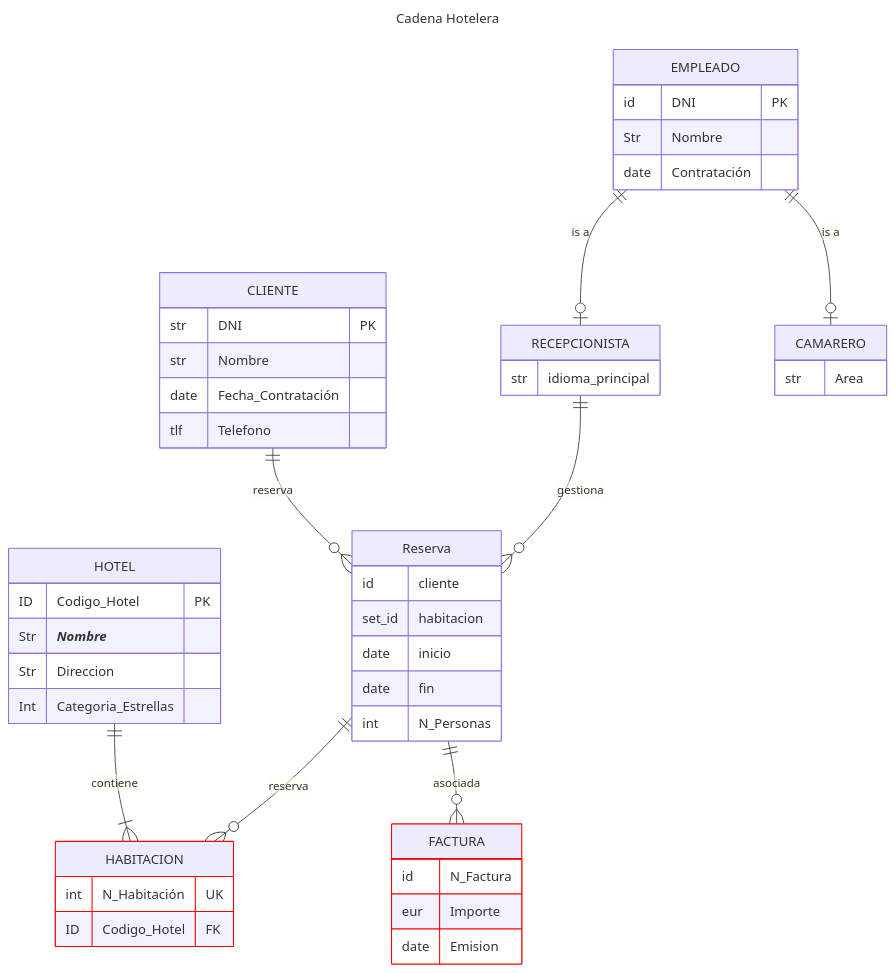
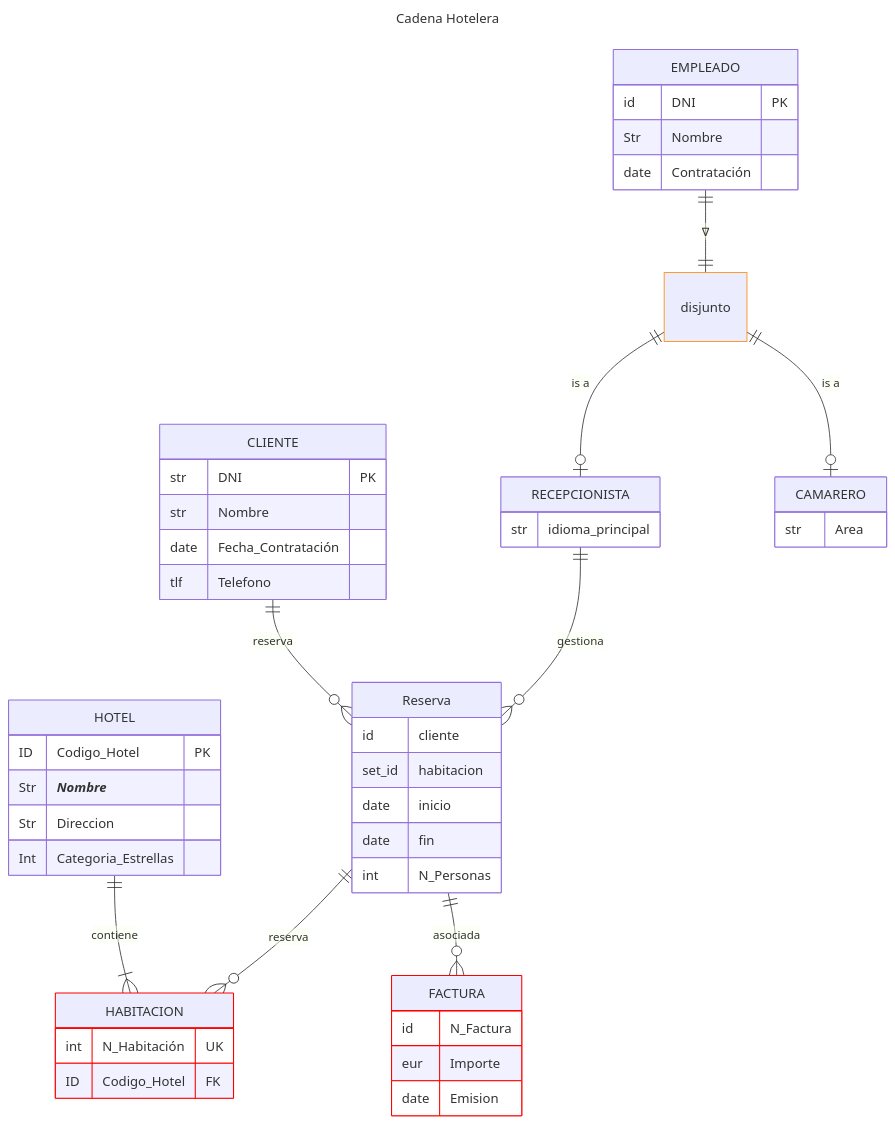
Before and after one commit to JulTob/BasesDeDatos: the diagram in Practicas_1_3.md, drawn with Mermaid.

````diff
--- a/Practicas_1_3.md
+++ b/Practicas_1_3.md
@@ -42,68 +42,71 @@
 ```mermaid
 ---
 title: Cadena Hotelera
 ---
 erDiagram
 
 HOTEL {
 ID    Codigo_Hotel  PK
 Str  ___Nombre___
 Str Direccion
 Int  Categoria_Estrellas
 }
 
 HABITACION {
 int N_Habitación UK
 ID   Codigo_Hotel  FK
 }
 
 CLIENTE {
 str DNI PK
 str Nombre
 date Fecha_Contratación
 tlf  Telefono
 }
 
 HOTEL ||--|{ HABITACION : contiene
 CLIENTE ||--o{ Reserva: reserva
 Reserva ||--o{ HABITACION: reserva
 
 Reserva {
 id cliente
 set_id habitacion
 date inicio
 date fin
 int N_Personas
 }
 
 EMPLEADO {
 id DNI PK
 Str Nombre
 date Contratación
 }
 
 RECEPCIONISTA {
 str idioma_principal
 }
 CAMARERO {
 str Area
 }
 
-    EMPLEADO ||--|o RECEPCIONISTA : "is a"
-    EMPLEADO ||--|o CAMARERO : "is a"
+    EMPLEADO ||--|| disjunto : "∇"
+    disjunto ||--|o RECEPCIONISTA : "is a"
+    disjunto ||--|o CAMARERO : "is a"
 
 RECEPCIONISTA ||--o{ Reserva: gestiona
 Reserva ||--o{ FACTURA: asociada
 
 
 FACTURA{
 id N_Factura
 eur Importe
 date Emision
 }
 
 HABITACION:::debil
 FACTURA:::debil
+disjunto:::disj
 classDef debil stroke:#f00
+classDef disj stroke:#f80
 
 ```
````
